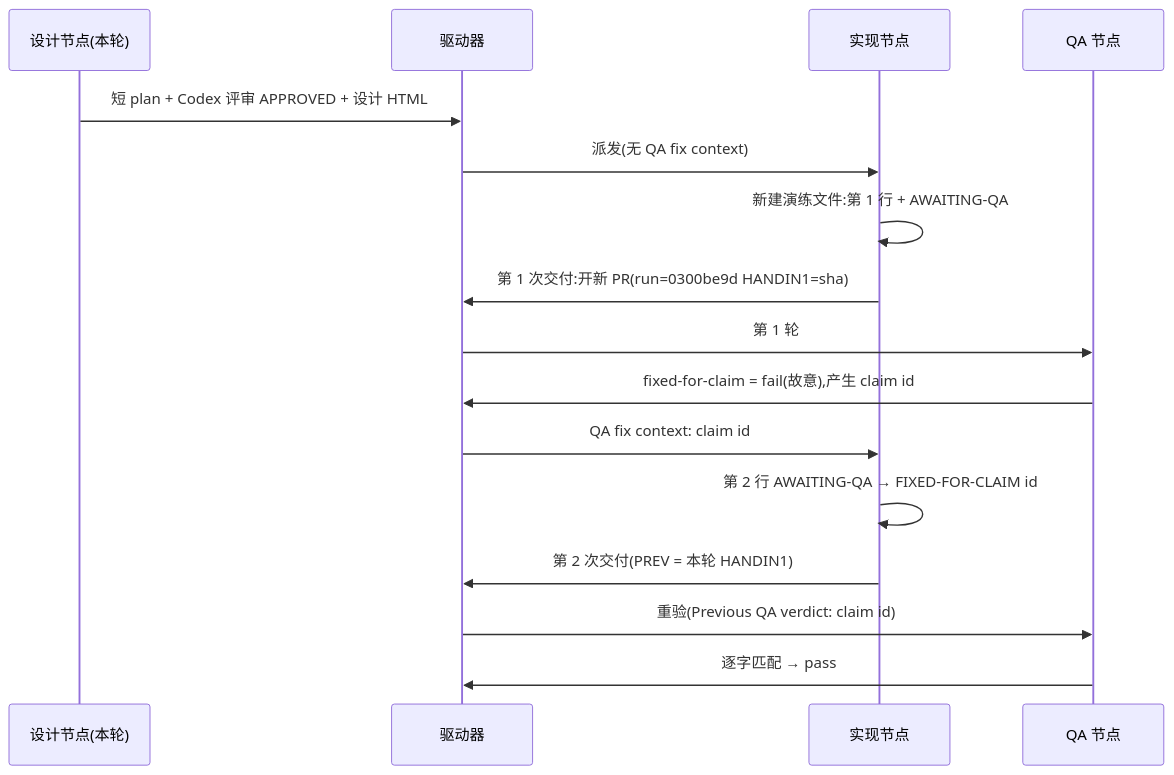
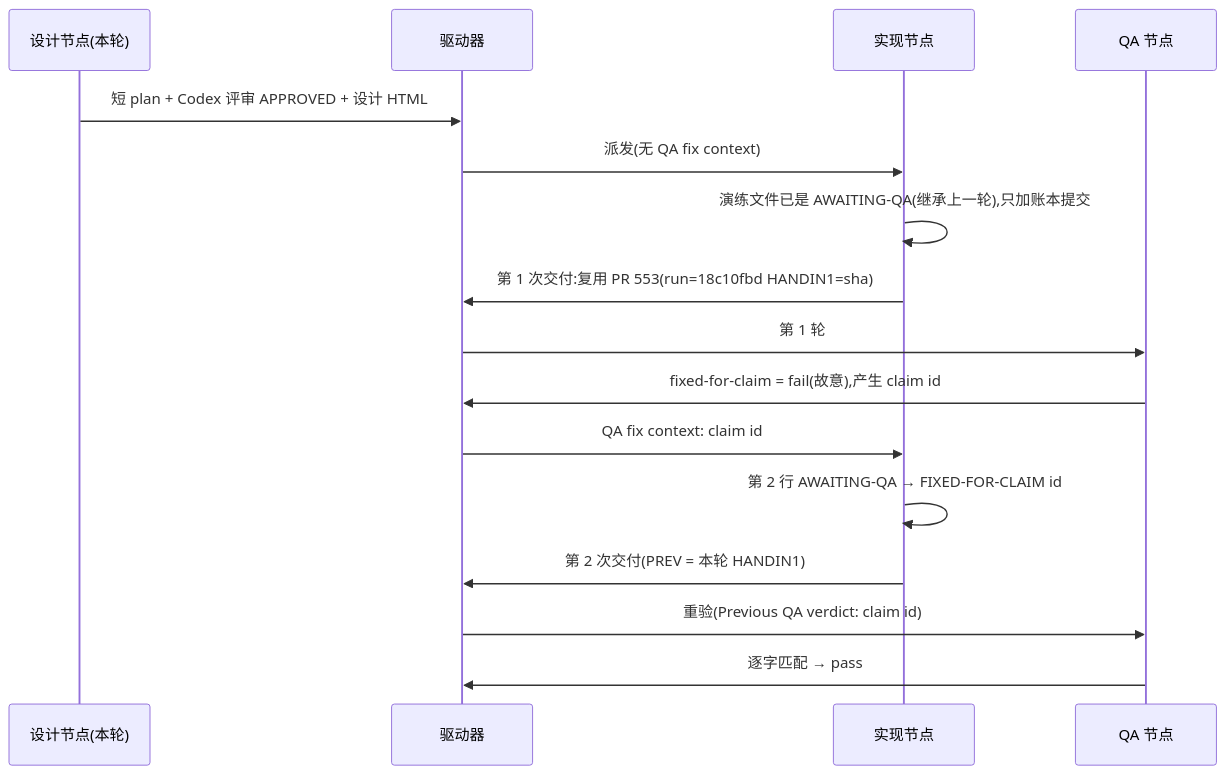
The diagram in engineering/doc/FLY-3224-real-runner-drill/d1-core-flow.mmd (xrliAnnie/flywheel-qa-sandbox), drawn with Mermaid before and after one commit. The commit also changed 7 other files, not shown here.

First line of the commit message:
FLY-3224 QA-SBX FLY-3224 real-runner drill (run 18c10fbd) (#553)

```diff
--- a/engineering/doc/FLY-3224-real-runner-drill/d1-core-flow.mmd
+++ b/engineering/doc/FLY-3224-real-runner-drill/d1-core-flow.mmd
@@ -1,16 +1,16 @@
 sequenceDiagram
     participant S as 设计节点(本轮)
     participant D as 驱动器
     participant I as 实现节点
     participant Q as QA 节点
     S->>D: 短 plan + Codex 评审 APPROVED + 设计 HTML
     D->>I: 派发(无 QA fix context)
-    I->>I: 新建演练文件:第 1 行 + AWAITING-QA
-    I->>D: 第 1 次交付:开新 PR(run=0300be9d HANDIN1=sha)
+    I->>I: 演练文件已是 AWAITING-QA(继承上一轮),只加账本提交
+    I->>D: 第 1 次交付:复用 PR 553(run=18c10fbd HANDIN1=sha)
     D->>Q: 第 1 轮
     Q->>D: fixed-for-claim = fail(故意),产生 claim id
     D->>I: QA fix context: claim id
     I->>I: 第 2 行 AWAITING-QA → FIXED-FOR-CLAIM id
     I->>D: 第 2 次交付(PREV = 本轮 HANDIN1)
     D->>Q: 重验(Previous QA verdict: claim id)
     Q->>D: 逐字匹配 → pass
```
